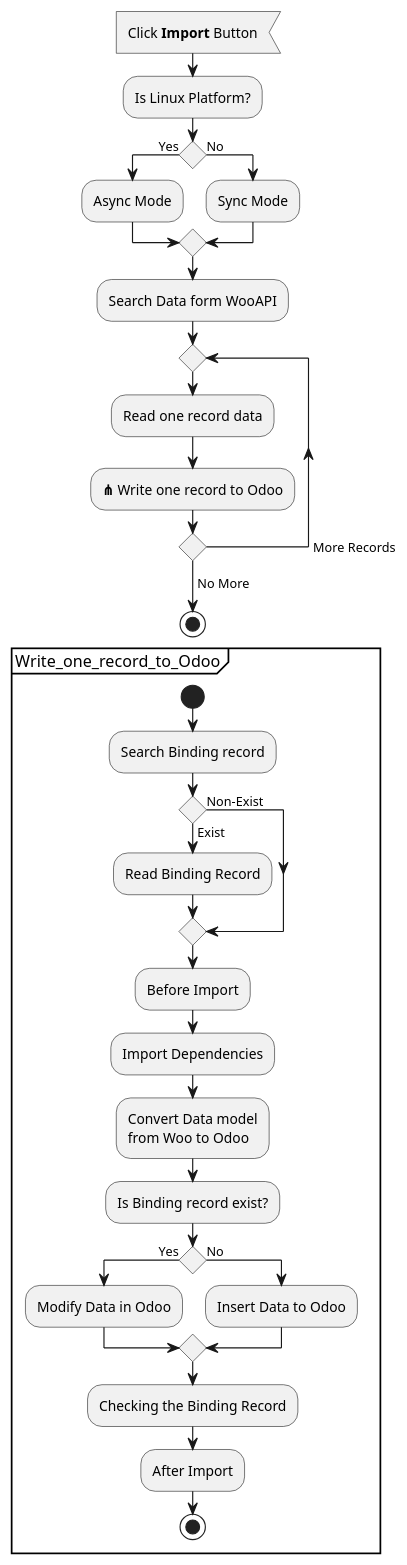
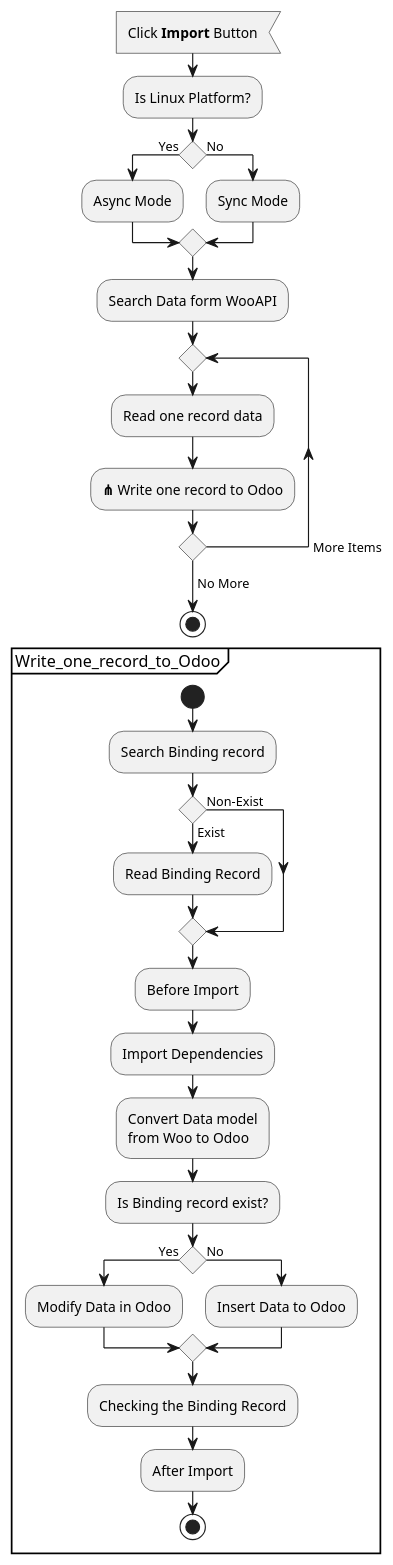
One commit to mcmx/connector-woocommerce changed the diagram in connector_woocommerce/doc/activity_import.puml. Above: the diagram before and after it, drawn with PlantUML. The commit also changed 1 other file, not shown here.

```diff
--- a/connector_woocommerce/doc/activity_import.puml
+++ b/connector_woocommerce/doc/activity_import.puml
@@ -1,37 +1,37 @@
 @startuml
 :Click **Import** Button<
 :Is Linux Platform?;
 if () then (Yes)
   :Async Mode;
 else (No)
   :Sync Mode;
 endif
 :Search Data form WooAPI;
 repeat
 :Read one record data;
 :**⋔** Write one record to Odoo;
-repeat while -> More Records
+repeat while -> More Items
 ->No More;
 stop
 
 partition Write_one_record_to_Odoo {
   start
   :Search Binding record;
   if () then (Exist)
     :Read Binding Record;
   else (Non-Exist)
   endif
   :Before Import;
   :Import Dependencies;
   :Convert Data model\nfrom Woo to Odoo;
   :Is Binding record exist?;
   if () then (Yes)
     :Modify Data in Odoo;
   else (No)
     :Insert Data to Odoo;
   endif
   :Checking the Binding Record;
   :After Import;
   stop
 }
 @enduml
```
